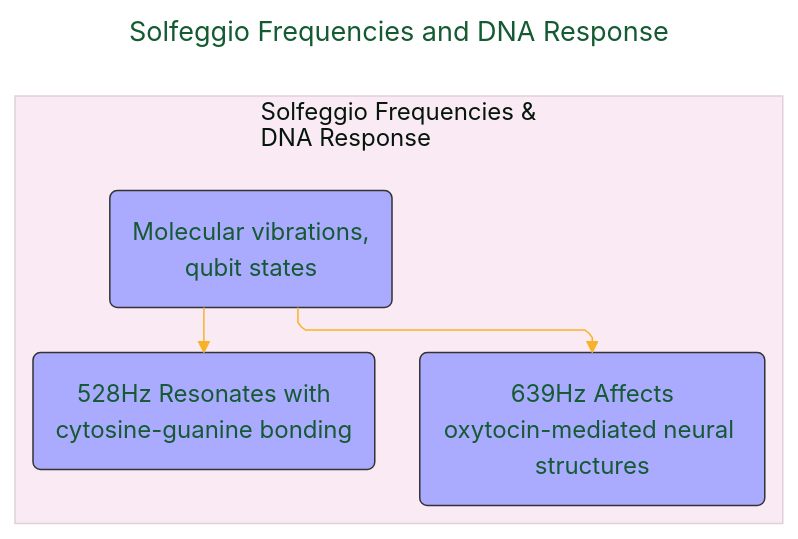
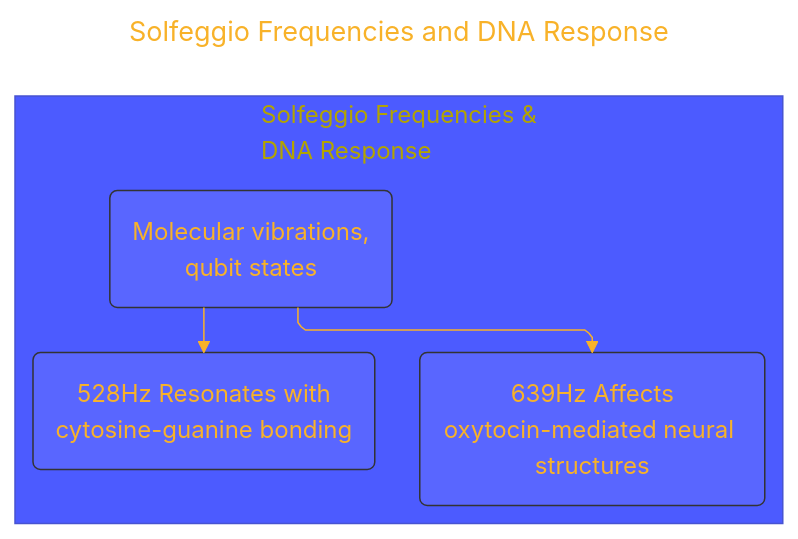
The seventh of 10 diagrams in Quantum_Harmonic_Atomic_Model/Quantum_Harmonic_Atomic_Model_Draft_6.md (CongLeSolutionX/Harmonic_Atomica), drawn with Mermaid before and after one commit. The commit also changed other lines of this file and 1 other file, not shown here.

````diff
--- a/Quantum_Harmonic_Atomic_Model/Quantum_Harmonic_Atomic_Model_Draft_6.md
+++ b/Quantum_Harmonic_Atomic_Model/Quantum_Harmonic_Atomic_Model_Draft_6.md
@@ -316,41 +316,41 @@
 ```mermaid
 ---
 title: "Solfeggio Frequencies and DNA Response"
 author: "Cong Le"
 version: "1.0"
 license(s): "MIT, CC BY 4.0"
 copyright: "Copyright (c) 2025 Cong Le. All Rights Reserved."
 config:
   layout: elk
   theme: base
 ---
 %%%%%%%% Mermaid version v11.4.1-b.14
 %%%%%%%% Available curve styles include the following keywords:
 %% basis, bumpX, bumpY, cardinal, catmullRom, linear, monotoneX, monotoneY, natural, step, stepAfter, stepBefore.
 %%{
   init: {
-    'flowchart': { 'htmlLabels': false, 'curve': 'linear' },
+    'flowchart': { 'htmlLabels': true, 'curve': 'linear' },
     'fontFamily': 'Monaco',
     'themeVariables': {
-      'primaryColor': '#D5F5E3',
-      'primaryTextColor': '#145A32',
+      'primaryColor': '#FE3',
+      'primaryTextColor': '#F8B229',
       'lineColor': '#F8B229',
       'primaryBorderColor': '#27AE60',
       'secondaryColor': '#EBDEF0',
       'secondaryTextColor': '#6C3483',
       'secondaryBorderColor': '#A569BD'
     }
   }
 }%%
-graph LR
+flowchart LR
 	subgraph Solfeggio["Solfeggio Frequencies &<br/> DNA Response"]
 	direction TB
 		A("Molecular vibrations,<br/ transitions,<br/>qubit states") --> B("528Hz Resonates with<br/>cytosine-guanine bonding")
 		A --> C("639Hz Affects<br/>oxytocin-mediated neural structures")
 	end
 	
-	style A fill:#aaf,stroke:#333,stroke-width:1px
-	style B fill:#aaf,stroke:#333,stroke-width:1px
-	style C fill:#aaf,stroke:#333,stroke-width:1px
+	style A fill:#aaf2,stroke:#333,stroke-width:1px
+	style B fill:#aaf2,stroke:#333,stroke-width:1px
+	style C fill:#aaf2,stroke:#333,stroke-width:1px
 	
 ```
````
